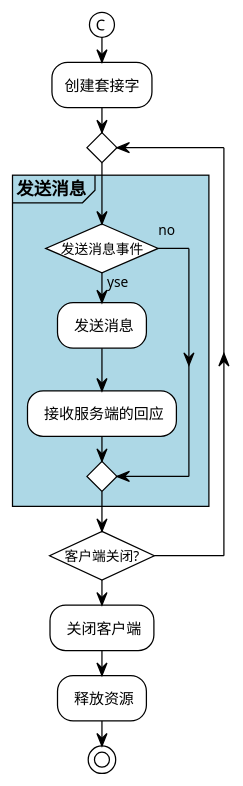
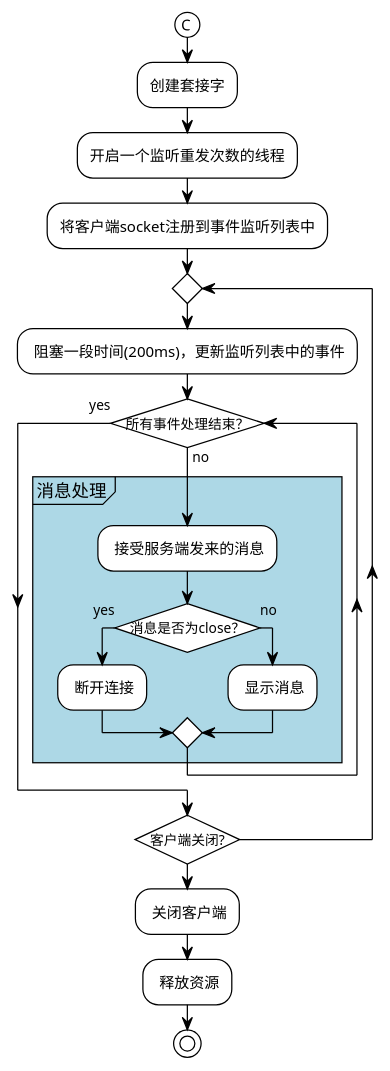
The diagram in doc/clientNode.puml (CJY-C/tcp), drawn with PlantUML before and after one commit. The commit also changed 20 other files, not shown here.

```diff
--- a/doc/clientNode.puml
+++ b/doc/clientNode.puml
@@ -1,36 +1,26 @@
 @startuml
 !theme plain
 skinparam conditionStyle InsideDiamond
 |客户端|
 /' start '/
 (C)
 :创建套接字;
+:开启一个监听重发次数的线程;
+:将客户端socket注册到事件监听列表中;
 repeat
-/' fork '/
-/'     partition <b>连接服务端 #lightblue '/
-/'         if (连接事件) then (yes) '/
-/'             : 根据输入参数，连接到服务器; '/
-/'         else (no) '/
-/'         endif '/
-/'     } '/
-/' fork again '/
-    partition <b>发送消息 #lightblue
-        if (发送消息事件) then (yse)
-            : 发送消息;
-            : 接收服务端的回应;
-        else (no)
-        endif
-    }
-/' fork again '/
-/'     partition <b>断开连接 #lightblue '/
-/'         if  (断开连接事件) then (yes) '/
-/'             : 断开与服务端的连接; '/
-/'         else (no) '/
-/'         endif '/
-/'     } '/
-/' end fork '/
+    : 阻塞一段时间(200ms)，更新监听列表中的事件;
+    while (所有事件处理结束？) is (no)
+        partition 消息处理 #lightblue
+            : 接受服务端发来的消息;
+            if (消息是否为close？) then (yes)
+                : 断开连接;
+            else (no)
+                : 显示消息;
+            endif
+        }
+    end while (yes)
 repeat while (客户端关闭?)
 : 关闭客户端;
 : 释放资源;
 stop
 @enduml
```
